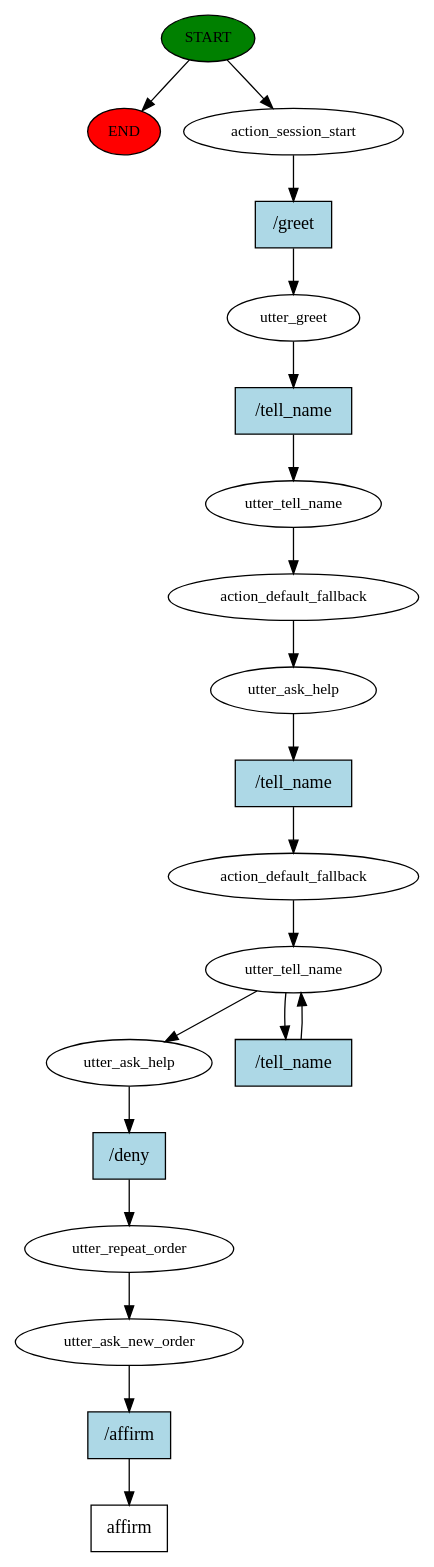
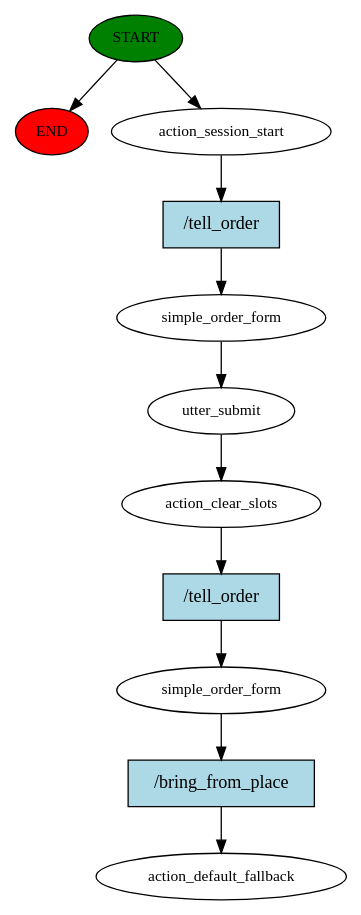
The diagram in mdr_rasa/models/cocktail_party_Regex/story_graph.dot (NadaAweaa/lets_make_lucy_talk), drawn with Graphviz before and after one commit. The commit also changed 19 other files, not shown here.

Commit message:
Added basic form for order scenario

```diff
--- a/mdr_rasa/models/cocktail_party_Regex/story_graph.dot
+++ b/mdr_rasa/models/cocktail_party_Regex/story_graph.dot
@@ -1,40 +1,23 @@
 digraph  {
 0 [class="start active", fillcolor=green, fontsize=12, label=START, style=filled];
 "-1" [class=end, fillcolor=red, fontsize=12, label=END, style=filled];
 1 [class=active, fontsize=12, label=action_session_start];
-2 [class=active, fontsize=12, label=utter_greet];
-3 [class=active, fontsize=12, label=utter_tell_name];
-4 [class=active, fontsize=12, label=action_default_fallback];
-5 [class=active, fontsize=12, label=utter_ask_help];
-6 [class=active, fontsize=12, label=action_default_fallback];
-7 [class=active, fontsize=12, label=utter_tell_name];
-9 [class=active, fontsize=12, label=utter_ask_help];
-10 [class=active, fontsize=12, label=utter_repeat_order];
-11 [class=active, fontsize=12, label=utter_ask_new_order];
-12 [class="intent dashed active", label=affirm, shape=rect];
-13 [class="intent active", fillcolor=lightblue, label="/greet", shape=rect, style=filled];
-14 [class="intent active", fillcolor=lightblue, label="/tell_name", shape=rect, style=filled];
-15 [class="intent active", fillcolor=lightblue, label="/tell_name", shape=rect, style=filled];
-16 [class="intent active", fillcolor=lightblue, label="/tell_name", shape=rect, style=filled];
-17 [class="intent active", fillcolor=lightblue, label="/deny", shape=rect, style=filled];
-18 [class="intent active", fillcolor=lightblue, label="/affirm", shape=rect, style=filled];
+2 [class=active, fontsize=12, label=simple_order_form];
+3 [class=active, fontsize=12, label=utter_submit];
+4 [class=active, fontsize=12, label=action_clear_slots];
+5 [class=active, fontsize=12, label=simple_order_form];
+6 [class="dashed active", fontsize=12, label=action_default_fallback];
+7 [class="intent active", fillcolor=lightblue, label="/tell_order", shape=rect, style=filled];
+8 [class="intent active", fillcolor=lightblue, label="/tell_order", shape=rect, style=filled];
+9 [class="intent active", fillcolor=lightblue, label="/bring_from_place", shape=rect, style=filled];
 0 -> "-1"  [class="", key=NONE, label=""];
 0 -> 1  [class=active, key=NONE, label=""];
-1 -> 13  [class=active, key=0];
-2 -> 14  [class=active, key=0];
+1 -> 7  [class=active, key=0];
+2 -> 3  [class=active, key=NONE, label=""];
 3 -> 4  [class=active, key=NONE, label=""];
-4 -> 5  [class=active, key=NONE, label=""];
-5 -> 15  [class=active, key=0];
-6 -> 7  [class=active, key=NONE, label=""];
-7 -> 9  [class=active, key=NONE, label=""];
-7 -> 16  [class=active, key=0];
-9 -> 17  [class=active, key=0];
-10 -> 11  [class=active, key=NONE, label=""];
-11 -> 18  [class=active, key=0];
-13 -> 2  [class=active, key=0];
-14 -> 3  [class=active, key=0];
-15 -> 6  [class=active, key=0];
-16 -> 7  [class=active, key=0];
-17 -> 10  [class=active, key=0];
-18 -> 12  [class=active, key=0];
+4 -> 8  [class=active, key=0];
+5 -> 9  [class=active, key=0];
+7 -> 2  [class=active, key=0];
+8 -> 5  [class=active, key=0];
+9 -> 6  [class=active, key=0];
 }
```
